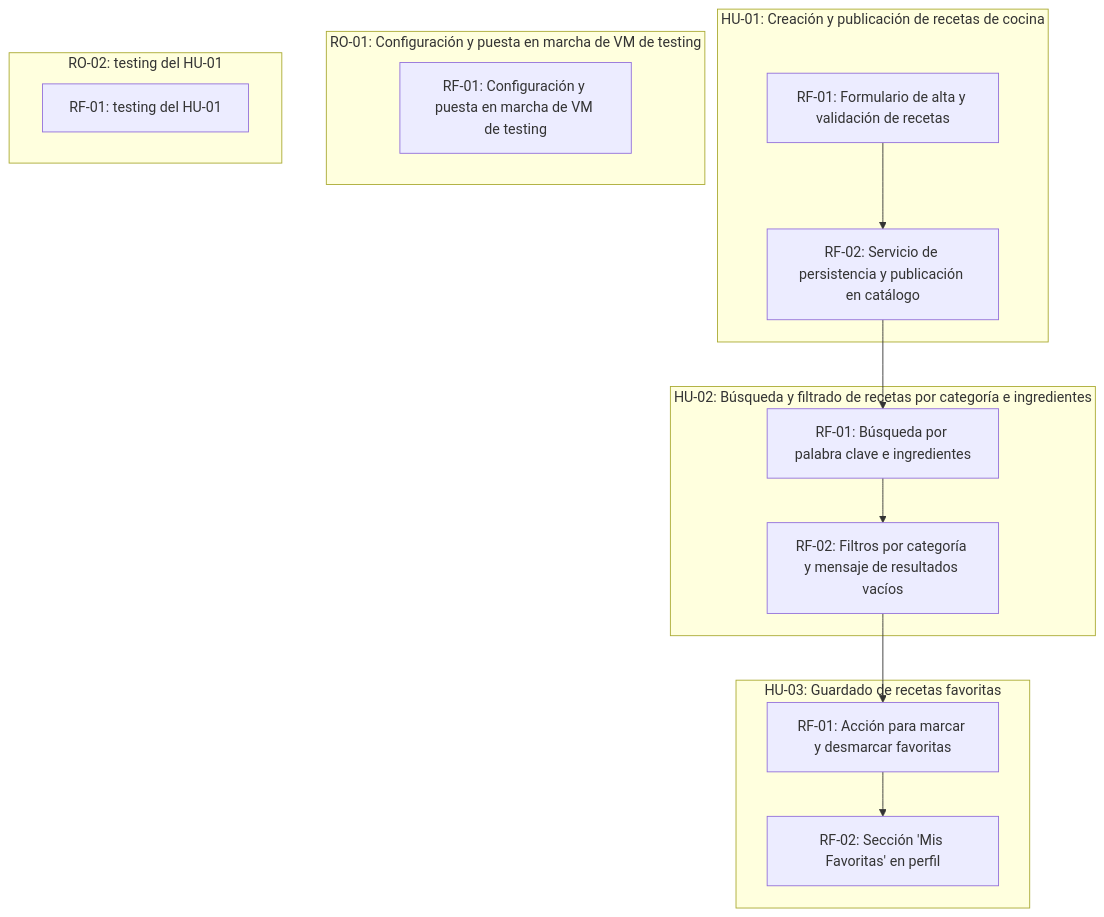
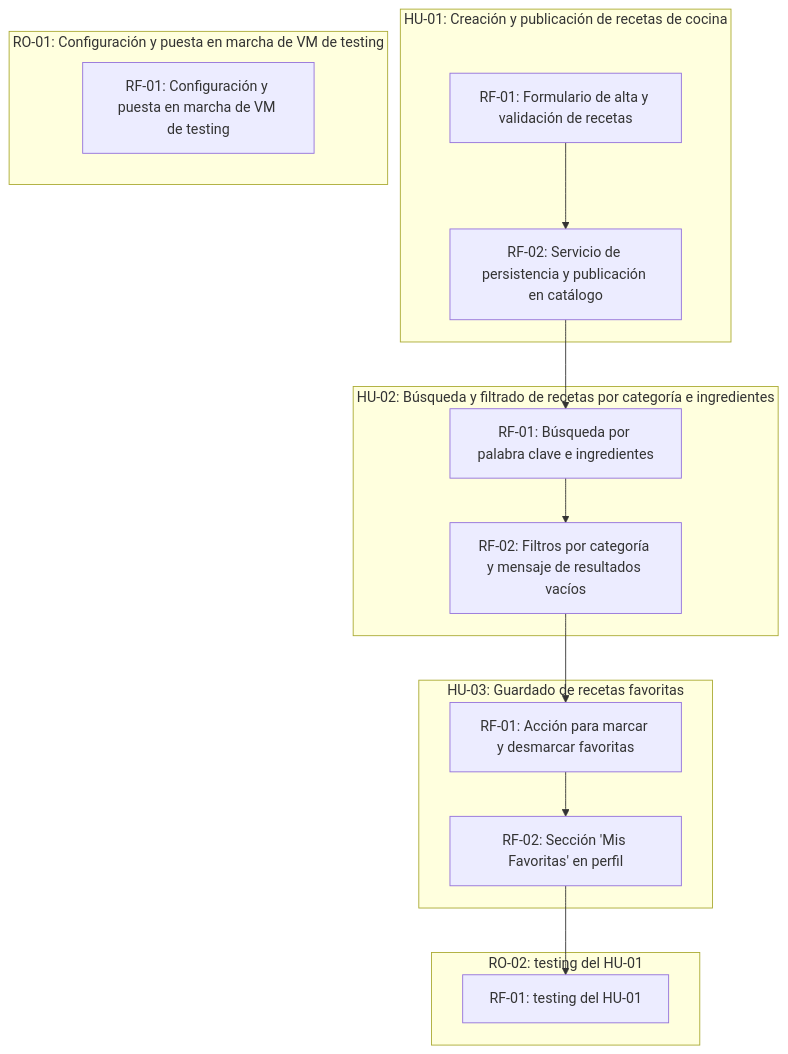
The diagram in scrumDocs/grafo.md (SVGiannoni/RecetasPanaRossi), drawn with Mermaid before and after one commit. The commit also changed other lines of this file, not shown here.

````diff
--- a/scrumDocs/grafo.md
+++ b/scrumDocs/grafo.md
@@ -5,26 +5,27 @@
 ```mermaid
 graph TD
   subgraph US_1788784804716["HU-01: Creación y publicación de recetas de cocina"]
     REQ_1788785182545["RF-01: Formulario de alta y validación de recetas"]
     REQ_1788785196739["RF-02: Servicio de persistencia y publicación en catálogo"]
   end
   subgraph US_1788784817567["HU-02: Búsqueda y filtrado de recetas por categoría e ingredientes"]
     REQ_1788785446610["RF-01: Búsqueda por palabra clave e ingredientes"]
     REQ_1788785477255["RF-02: Filtros por categoría y mensaje de resultados vacíos"]
   end
   subgraph US_1788784829317["HU-03: Guardado de recetas favoritas"]
     REQ_1788785498187["RF-01: Acción para marcar y desmarcar favoritas"]
     REQ_1788785510602["RF-02: Sección 'Mis Favoritas' en perfil"]
   end
   subgraph US_1788785524805["RO-01: Configuración y puesta en marcha de VM de testing"]
     REQ_1788785524811["RF-01: Configuración y puesta en marcha de VM de testing"]
   end
   subgraph US_1788790818388["RO-02: testing del HU-01"]
     REQ_1788790818395["RF-01: testing del HU-01"]
   end
   REQ_1788785182545 --> REQ_1788785196739
   REQ_1788785196739 --> REQ_1788785446610
   REQ_1788785446610 --> REQ_1788785477255
   REQ_1788785477255 --> REQ_1788785498187
   REQ_1788785498187 --> REQ_1788785510602
+  REQ_1788785510602 --> REQ_1788790818395
 ```
````
